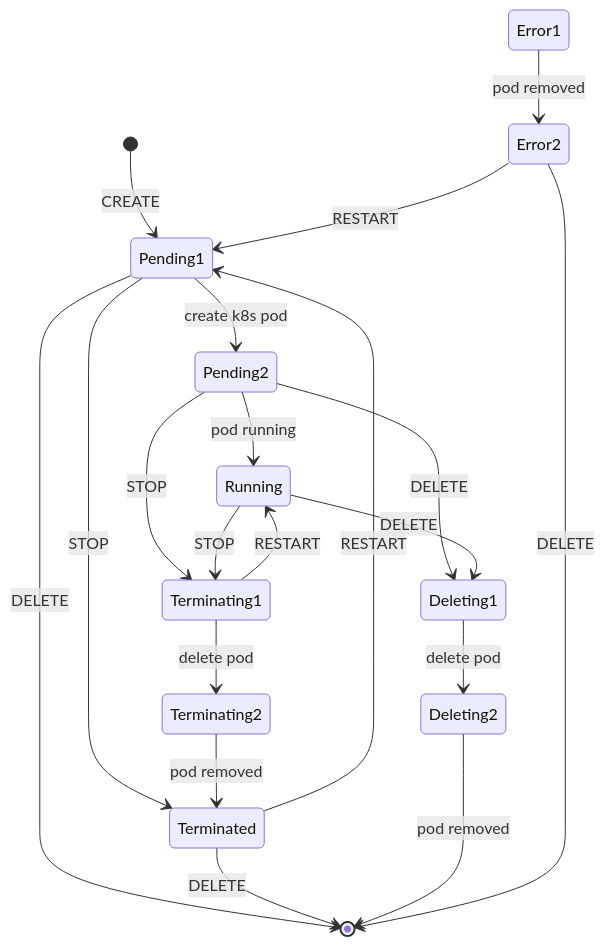
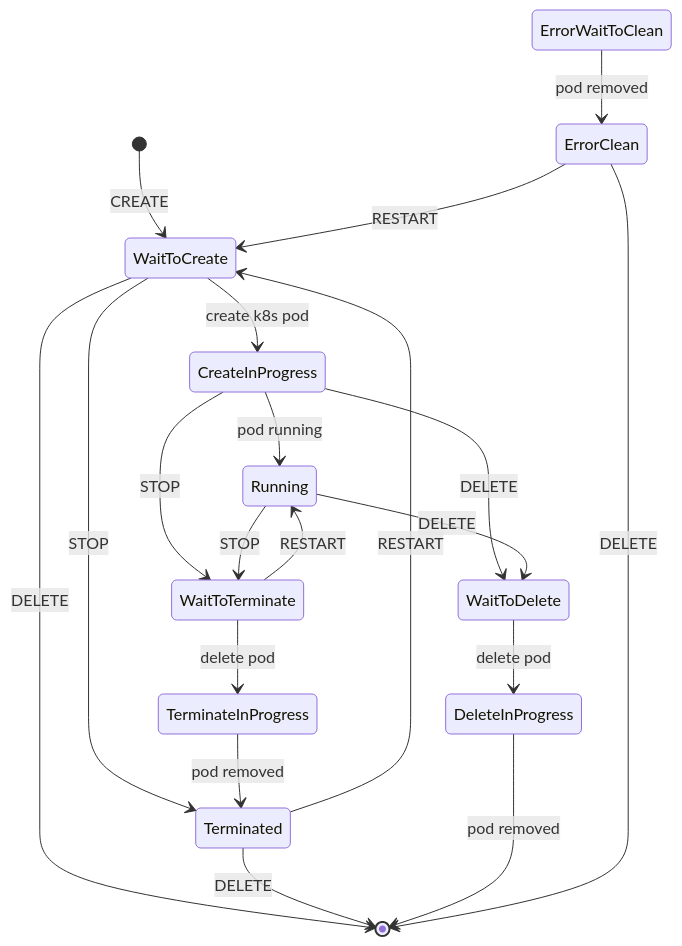
Before and after one commit to HaoYang670/rucat: the second of 2 diagrams in README.md, drawn with Mermaid.

Commit message:
update states diagram

````diff
--- a/README.md
+++ b/README.md
@@ -34,32 +34,32 @@
 ```mermaid
 stateDiagram
 
-    [*] --> Pending1: CREATE
-    Pending1 --> Pending2: create k8s pod
-    Pending1 --> Terminated: STOP
-    Pending1 --> [*]: DELETE
+    [*] --> WaitToCreate: CREATE
+    WaitToCreate --> CreateInProgress: create k8s pod
+    WaitToCreate --> Terminated: STOP
+    WaitToCreate --> [*]: DELETE
 
-    Pending2 --> Running: pod running
-    Pending2 --> Terminating1: STOP
-    Pending2 --> Deleting1: DELETE
+    CreateInProgress --> Running: pod running
+    CreateInProgress --> WaitToTerminate: STOP
+    CreateInProgress --> WaitToDelete: DELETE
 
-    Running --> Terminating1: STOP
-    Running --> Deleting1: DELETE
+    Running --> WaitToTerminate: STOP
+    Running --> WaitToDelete: DELETE
 
-    Terminating1 --> Running: RESTART
-    Terminating1 --> Terminating2: delete pod
+    WaitToTerminate --> Running: RESTART
+    WaitToTerminate --> TerminateInProgress: delete pod
 
-    Terminating2 --> Terminated: pod removed
+    TerminateInProgress --> Terminated: pod removed
 
-    Terminated --> Pending1: RESTART
+    Terminated --> WaitToCreate: RESTART
     Terminated --> [*]: DELETE
 
-    Deleting1 --> Deleting2: delete pod
+    WaitToDelete --> DeleteInProgress: delete pod
 
-    Deleting2 --> [*]: pod removed
+    DeleteInProgress --> [*]: pod removed
 
-    Error1 --> Error2: pod removed
-    Error2 --> Pending1: RESTART
-    Error2 --> [*]: DELETE
+    ErrorWaitToClean --> ErrorClean: pod removed
+    ErrorClean --> WaitToCreate: RESTART
+    ErrorClean --> [*]: DELETE
 
 ```
````
